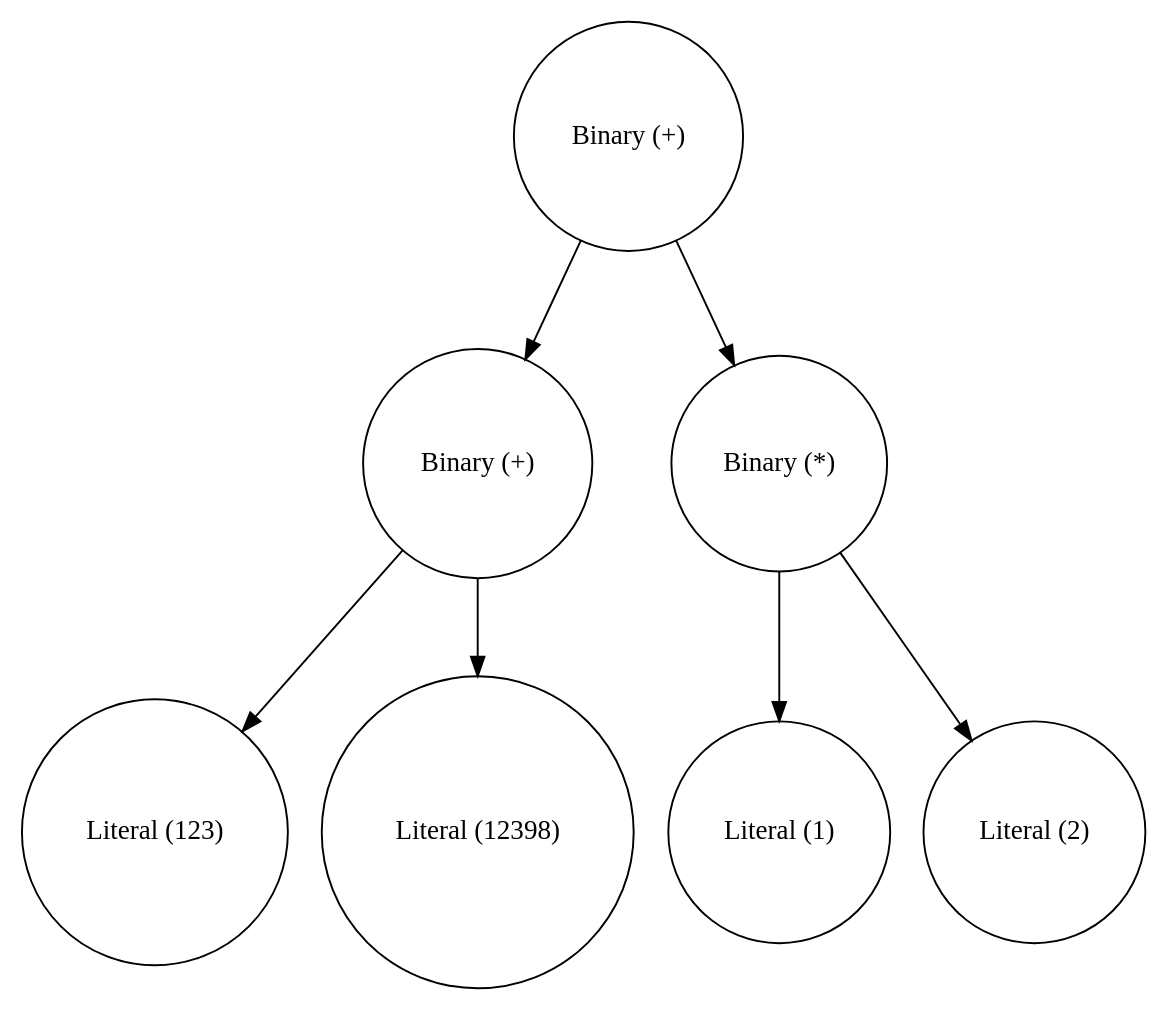
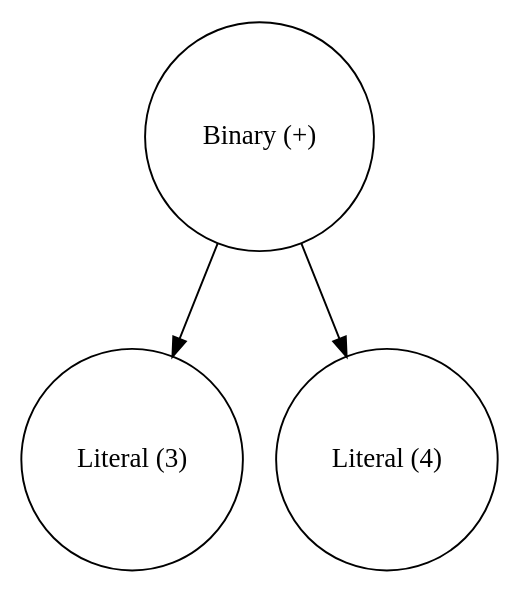
One commit to chosti34/CompilerCreationTool changed the diagram in CompilerCreationTool/CompilerCreationTool/ast.dot. Above: the diagram before and after it, drawn with Graphviz. The commit also changed 14 other files, not shown here.

```diff
--- a/CompilerCreationTool/CompilerCreationTool/ast.dot
+++ b/CompilerCreationTool/CompilerCreationTool/ast.dot
@@ -1,15 +1,7 @@
 digraph {
 0 [shape="circle" label="Binary (+)"];
-1 [shape="circle" label="Binary (+)"];
-2 [shape="circle" label="Literal (123)"];
-3 [shape="circle" label="Literal (12398)"];
-1->2 [label=" "];
-1->3 [label=" "];
-4 [shape="circle" label="Binary (*)"];
-5 [shape="circle" label="Literal (1)"];
-6 [shape="circle" label="Literal (2)"];
-4->5 [label=" "];
-4->6 [label=" "];
+1 [shape="circle" label="Literal (3)"];
+2 [shape="circle" label="Literal (4)"];
 0->1 [label=" "];
-0->4 [label=" "];
+0->2 [label=" "];
 }
```
